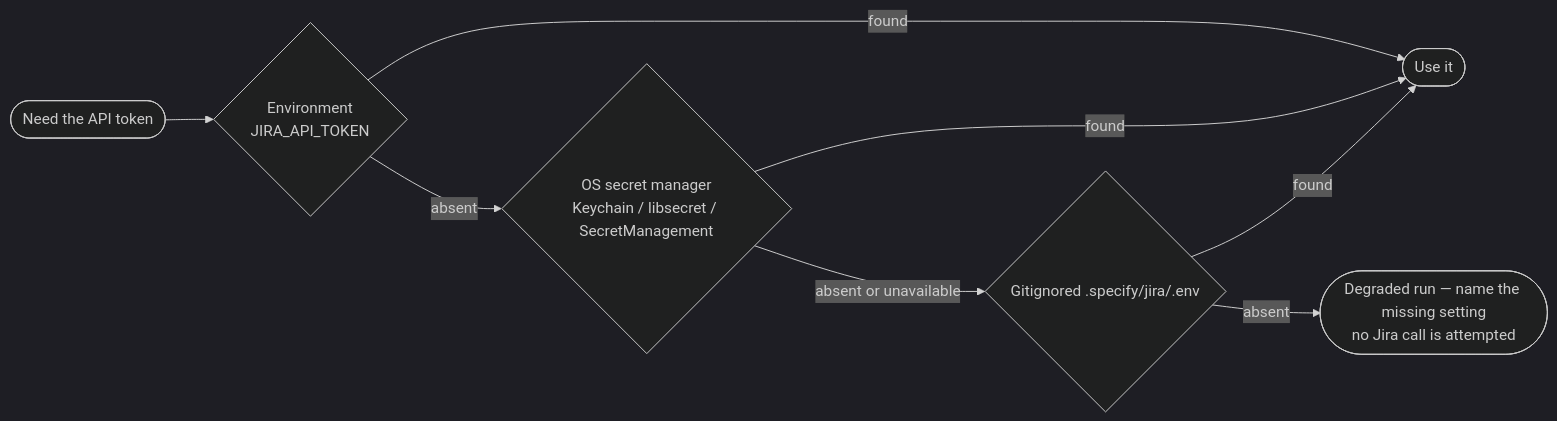
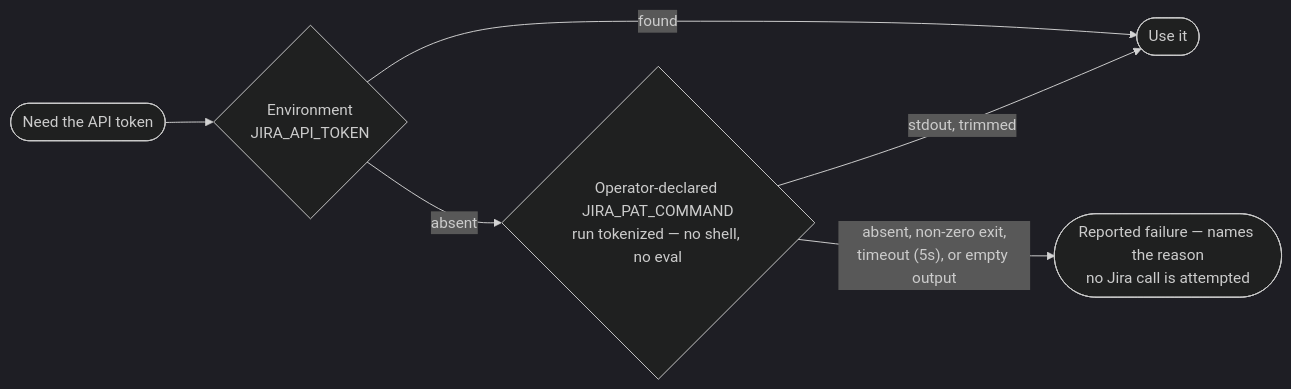
Before and after one commit to Fyloss/spec-kit-jira: the second of 5 diagrams in docs/07-configuration-and-secrets.md, drawn with Mermaid (dark theme). The commit also changed other lines of this file and 116 other files, not shown here.

First line of the commit message:
feat(jira)!: retire .env credential rung, add JIRA_PAT_COMMAND (#43)

````diff
--- a/docs/07-configuration-and-secrets.md
+++ b/docs/07-configuration-and-secrets.md
@@ -67,10 +70,8 @@
 ```mermaid
 flowchart LR
     Start(["Need the API token"]) --> R1{"Environment<br/>JIRA_API_TOKEN"}
     R1 -->|"found"| Use(["Use it"])
-    R1 -->|"absent"| R2{"OS secret manager<br/>Keychain / libsecret / SecretManagement"}
-    R2 -->|"found"| Use
-    R2 -->|"absent or unavailable"| R3{"Gitignored .specify/jira/.env"}
-    R3 -->|"found"| Use
-    R3 -->|"absent"| Fail(["Degraded run — name the missing setting<br/>no Jira call is attempted"])
+    R1 -->|"absent"| R2{"Operator-declared JIRA_PAT_COMMAND<br/>run tokenized — no shell, no eval"}
+    R2 -->|"stdout, trimmed"| Use
+    R2 -->|"absent, non-zero exit,<br/>timeout (5s), or empty output"| Fail(["Reported failure — names the reason<br/>no Jira call is attempted"])
 ```
````
